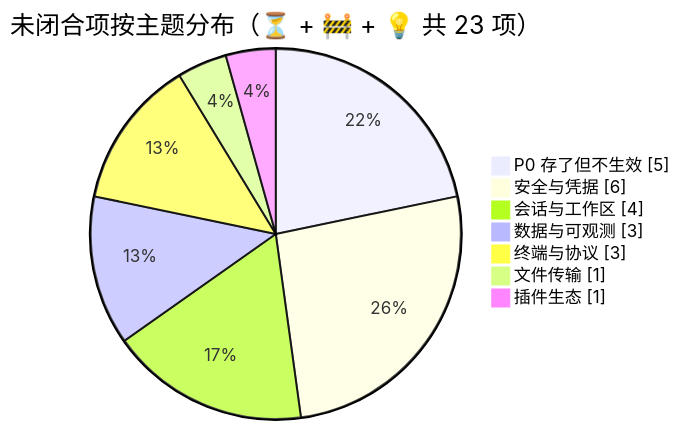
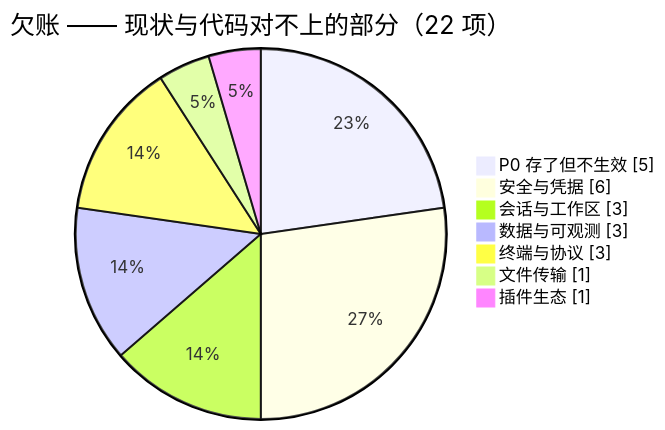
The first of 2 diagrams in feature-plan.md (joesdu/VelaShell), drawn with Mermaid before and after one commit. The commit also changed other lines of this file and 1 other file, not shown here.

First line of the commit message:
docs(feature-plan): 加入对标六家的路线图，并订正一条已过期的复核结论

````diff
--- a/feature-plan.md
+++ b/feature-plan.md
@@ -30,11 +39,11 @@
 ```mermaid
 pie showData
-    title 未闭合项按主题分布（⏳ + 🚧 + 💡 共 23 项）
+    title 欠账 —— 现状与代码对不上的部分（22 项）
     "P0 存了但不生效" : 5
     "安全与凭据" : 6
-    "会话与工作区" : 4
+    "会话与工作区" : 3
     "数据与可观测" : 3
     "终端与协议" : 3
     "文件传输" : 1
     "插件生态" : 1
 ```
````
